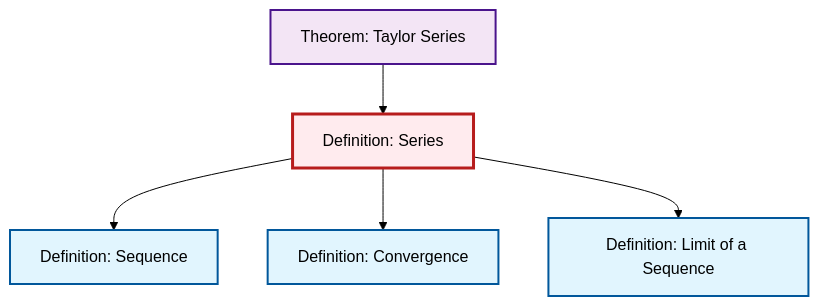
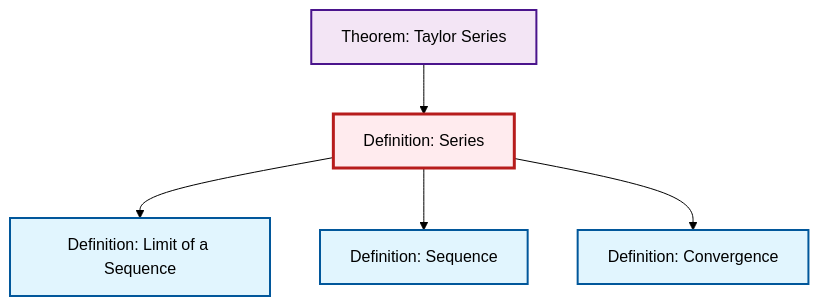
Before and after one commit to RK0429/ModernMath: the diagram in content/en/analysis/def-series.qmd, drawn with Mermaid (forest theme). The commit also changed other lines of this file and 672 other files, not shown here.

````diff
--- a/content/en/analysis/def-series.qmd
+++ b/content/en/analysis/def-series.qmd
@@ -90,23 +90,23 @@
 ```{mermaid}
 %%| fig-cap: "Local dependency graph"
 graph TD
     classDef definition fill:#e1f5fe,stroke:#01579b,stroke-width:2px
     classDef theorem fill:#f3e5f5,stroke:#4a148c,stroke-width:2px
     classDef axiom fill:#fff3e0,stroke:#e65100,stroke-width:2px
     classDef example fill:#e8f5e9,stroke:#1b5e20,stroke-width:2px
     classDef current fill:#ffebee,stroke:#b71c1c,stroke-width:3px
     def-limit["Definition: Limit of a Sequence"]:::definition
+    def-convergence["Definition: Convergence"]:::definition
     def-series["Definition: Series"]:::definition
-    def-convergence["Definition: Convergence"]:::definition
     def-sequence["Definition: Sequence"]:::definition
     thm-taylor-series["Theorem: Taylor Series"]:::theorem
+    def-series --> def-limit
+    def-series --> def-sequence
     thm-taylor-series --> def-series
-    def-series --> def-sequence
     def-series --> def-convergence
-    def-series --> def-limit
     class def-series current
     click def-limit "def-limit.html" "Go to Limit of a Sequence definition"
     click def-convergence "def-convergence.html" "Go to Convergence definition"
     click def-sequence "def-sequence.html" "Go to Sequence definition"
     click thm-taylor-series "thm-taylor-series.html" "Go to Taylor Series theorem"
 ```
````
